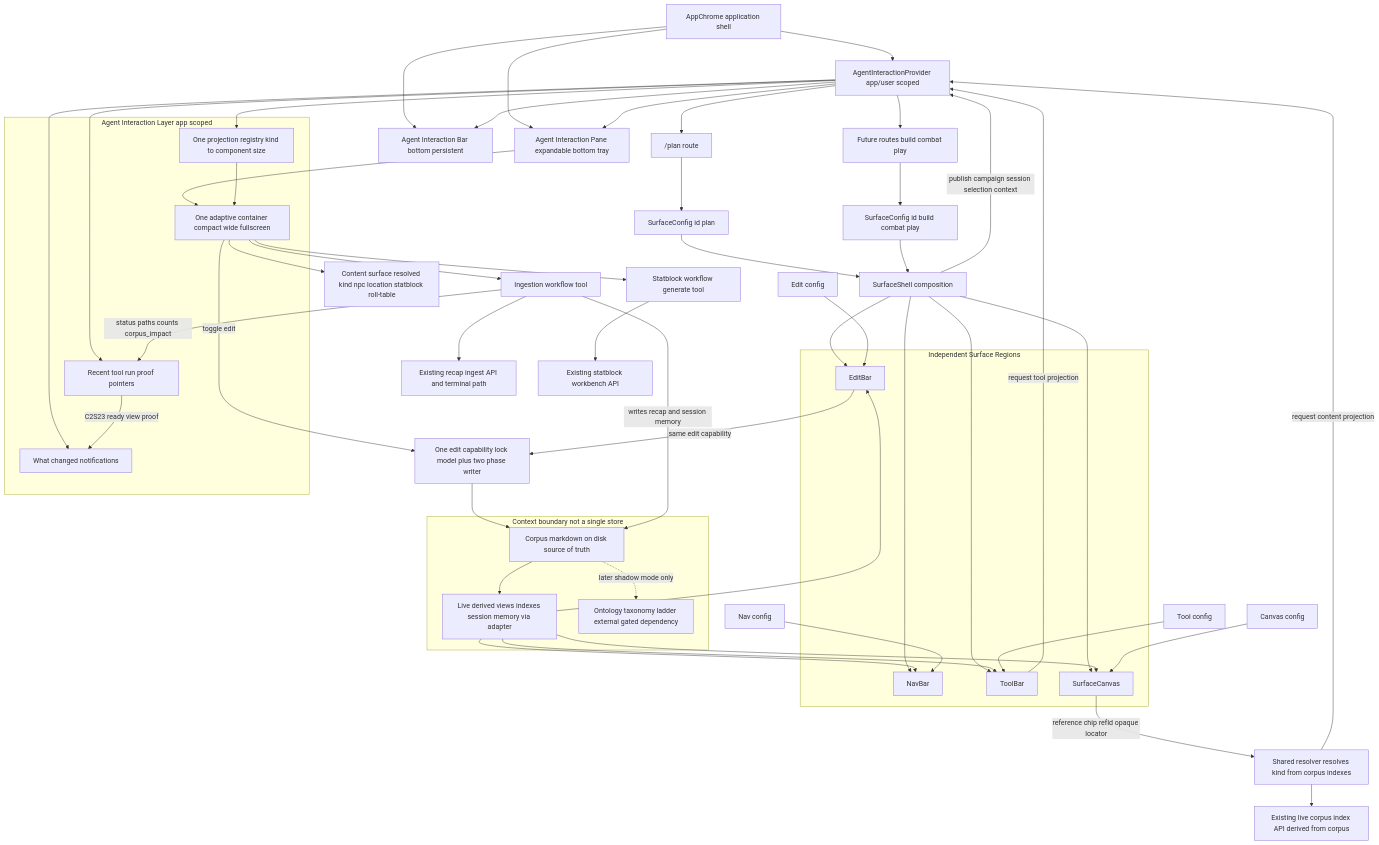
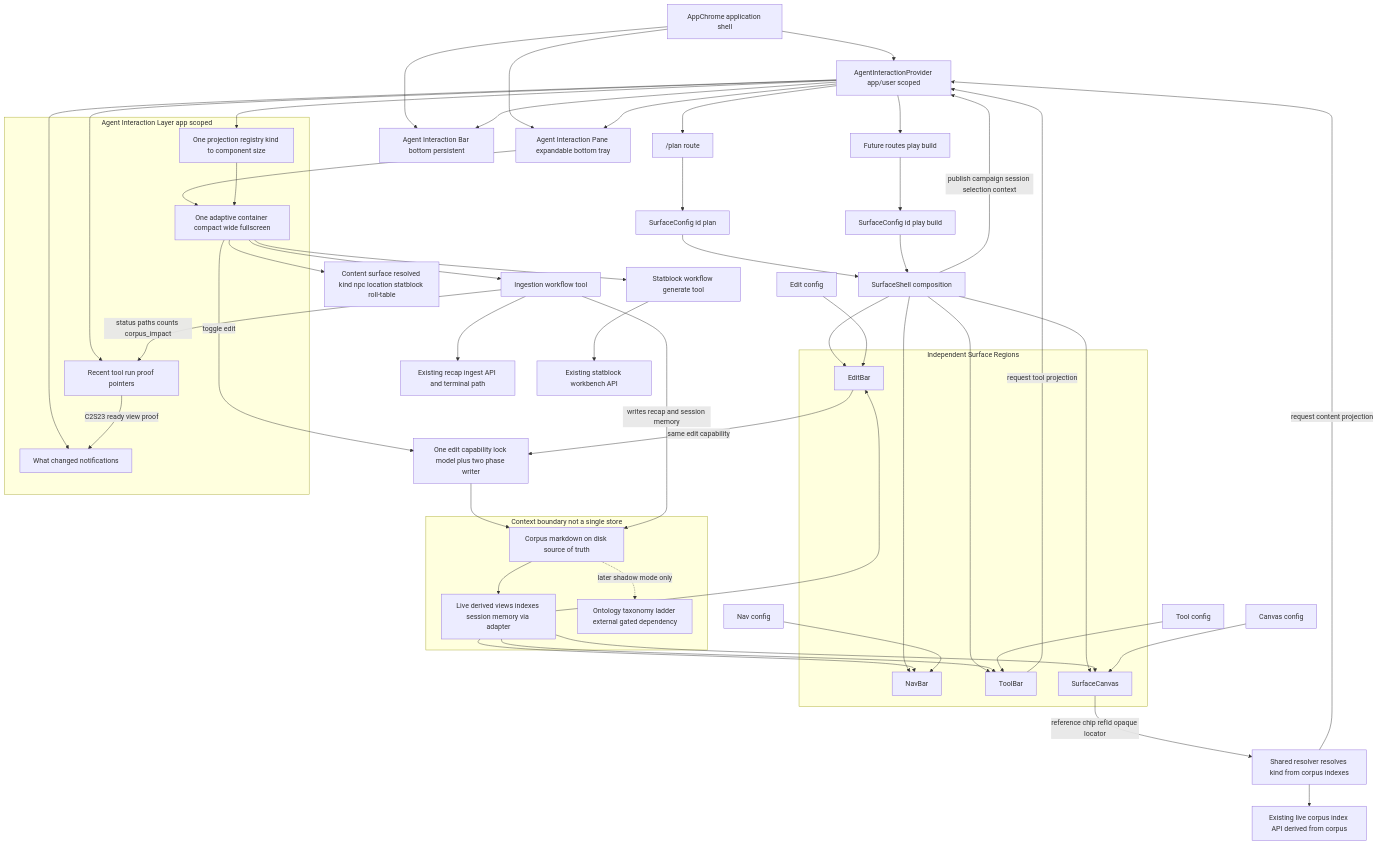
Before and after one commit to Drakosfire/DungeonMindBuddy: the first of 2 diagrams in Docs/Design/ARCHITECTURE-plan-surface-toolbox.md, drawn with Mermaid. The commit also changed other lines of this file and 3 other files, not shown here.

First line of the commit message:
docs(surfaces): re-anchor Plan/Play/Build consolidation in canon docs

````diff
--- a/Docs/Design/ARCHITECTURE-plan-surface-toolbox.md
+++ b/Docs/Design/ARCHITECTURE-plan-surface-toolbox.md
@@ -49,81 +51,81 @@
 ```mermaid
 flowchart TB
   app["AppChrome application shell"] --> agentProvider["AgentInteractionProvider app/user scoped"]
   app --> agentBar["Agent Interaction Bar bottom persistent"]
   app --> agentPane["Agent Interaction Pane expandable bottom tray"]
 
   agentProvider --> routePlan["/plan route"]
-  agentProvider --> futureRoutes["Future routes build combat play"]
+  agentProvider --> futureRoutes["Future routes play build"]
 
   routePlan --> planSurfaceConfig["SurfaceConfig id plan"]
-  futureRoutes --> futureSurfaceConfigs["SurfaceConfig id build combat play"]
+  futureRoutes --> futureSurfaceConfigs["SurfaceConfig id play build"]
 
   planSurfaceConfig --> surfaceShell["SurfaceShell composition"]
   futureSurfaceConfigs --> surfaceShell
 
   subgraph composition [Independent Surface Regions]
     navBar["NavBar"]
     toolBar["ToolBar"]
     editBar["EditBar"]
     surfaceCanvas["SurfaceCanvas"]
   end
 
   surfaceShell --> navBar
   surfaceShell --> toolBar
   surfaceShell --> editBar
   surfaceShell --> surfaceCanvas
 
   subgraph contextBoundary [Context boundary not a single store]
     corpusTruth["Corpus markdown on disk source of truth"]
     derivedViews["Live derived views indexes session memory via adapter"]
     ontologyLadder["Ontology taxonomy ladder external gated dependency"]
   end
 
   corpusTruth --> derivedViews
   corpusTruth -. "later shadow mode only" .-> ontologyLadder
 
   derivedViews --> navBar
   derivedViews --> toolBar
   derivedViews --> editBar
   derivedViews --> surfaceCanvas
 
   navConfig["Nav config"] --> navBar
   toolConfig["Tool config"] --> toolBar
   editConfig["Edit config"] --> editBar
   canvasConfig["Canvas config"] --> surfaceCanvas
 
   surfaceShell -->|"publish campaign session selection context"| agentProvider
   toolBar -->|"request tool projection"| agentProvider
   surfaceCanvas -->|"reference chip refId opaque locator"| referenceResolver["Shared resolver resolves kind from corpus indexes"]
   referenceResolver -->|"request content projection"| agentProvider
 
   subgraph agentLayer [Agent Interaction Layer app scoped]
     projectionRegistry["One projection registry kind to component size"]
     adaptiveContainer["One adaptive container compact wide fullscreen"]
     recentRuns["Recent tool run proof pointers"]
     notifications["What changed notifications"]
   end
 
   agentProvider --> projectionRegistry
   agentProvider --> recentRuns
   agentProvider --> notifications
   agentProvider --> agentBar
   agentProvider --> agentPane
   agentPane --> adaptiveContainer
   projectionRegistry --> adaptiveContainer
 
   adaptiveContainer --> ingestWorkflow["Ingestion workflow tool"]
   adaptiveContainer --> statblockWorkflow["Statblock workflow generate tool"]
   adaptiveContainer --> contentSurface["Content surface resolved kind npc location statblock roll-table"]
 
   adaptiveContainer -->|"toggle edit"| editCapability["One edit capability lock model plus two phase writer"]
   editCapability --> corpusTruth
   editBar -->|"same edit capability"| editCapability
 
   ingestWorkflow -->|"writes recap and session memory"| corpusTruth
   ingestWorkflow -->|"status paths counts corpus_impact"| recentRuns
   recentRuns -->|"C2S23 ready view proof"| notifications
   ingestWorkflow --> recapIngestApi["Existing recap ingest API and terminal path"]
   statblockWorkflow --> statblockApi["Existing statblock workbench API"]
   referenceResolver --> liveIndexApi["Existing live corpus index API derived from corpus"]
 ```
````
